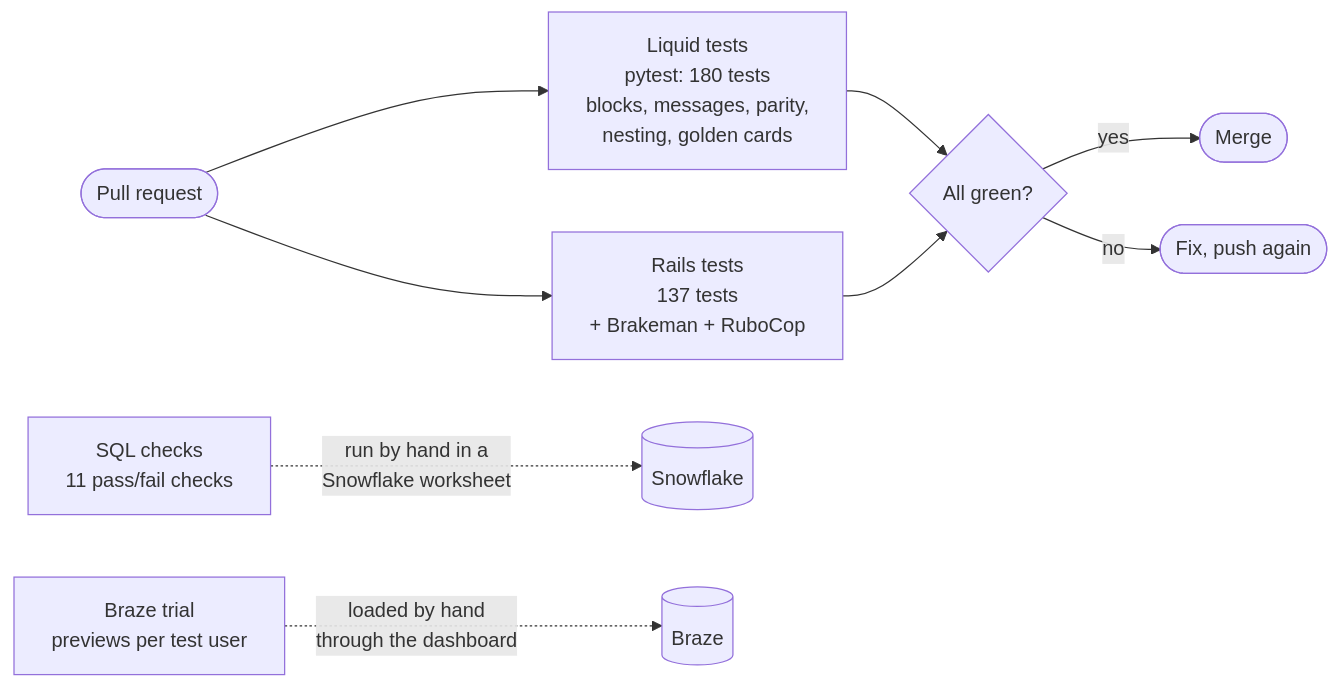
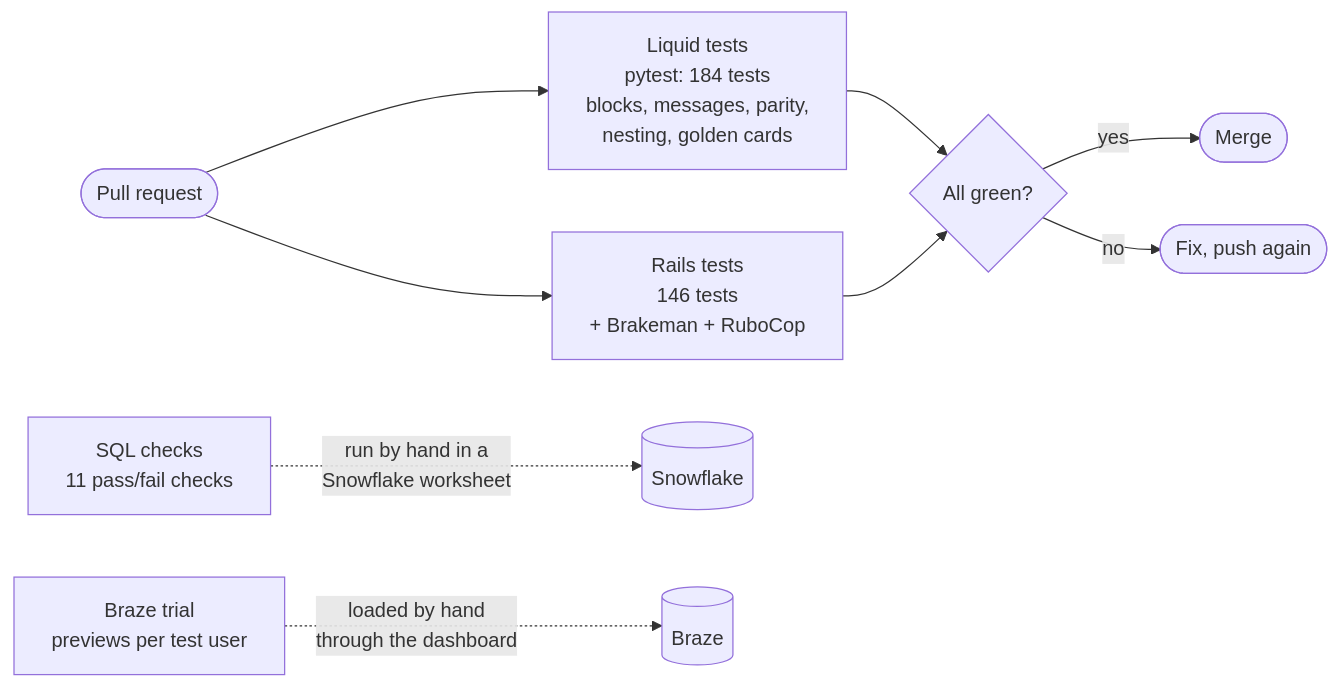
One commit to arndvs/inkind-first-reward-journey changed the fifth of 5 diagrams in ARCHITECTURE.md. Above: the diagram before and after it, drawn with Mermaid.

Commit message:
docs(architecture): update the test counts to the current suites
The Liquid suite now has 184 tests and the Rails suite 146, as recorded
in docs/verification.md.

````diff
--- a/ARCHITECTURE.md
+++ b/ARCHITECTURE.md
@@ -158,12 +158,12 @@
 ```mermaid
 flowchart LR
-    PR(["Pull request"]) --> L["Liquid tests<br/>pytest: 180 tests<br/>blocks, messages, parity,<br/>nesting, golden cards"]
-    PR --> R["Rails tests<br/>137 tests<br/>+ Brakeman + RuboCop"]
+    PR(["Pull request"]) --> L["Liquid tests<br/>pytest: 184 tests<br/>blocks, messages, parity,<br/>nesting, golden cards"]
+    PR --> R["Rails tests<br/>146 tests<br/>+ Brakeman + RuboCop"]
     L --> MERGE{"All green?"}
     R --> MERGE
     MERGE -- "yes" --> MAIN(["Merge"])
     MERGE -- "no" --> FIX(["Fix, push again"])
 
     SQL["SQL checks<br/>11 pass/fail checks"] -. "run by hand in a<br/>Snowflake worksheet" .-> SFW[("Snowflake")]
     BT["Braze trial<br/>previews per test user"] -. "loaded by hand<br/>through the dashboard" .-> BZ[("Braze")]
 ```
````
